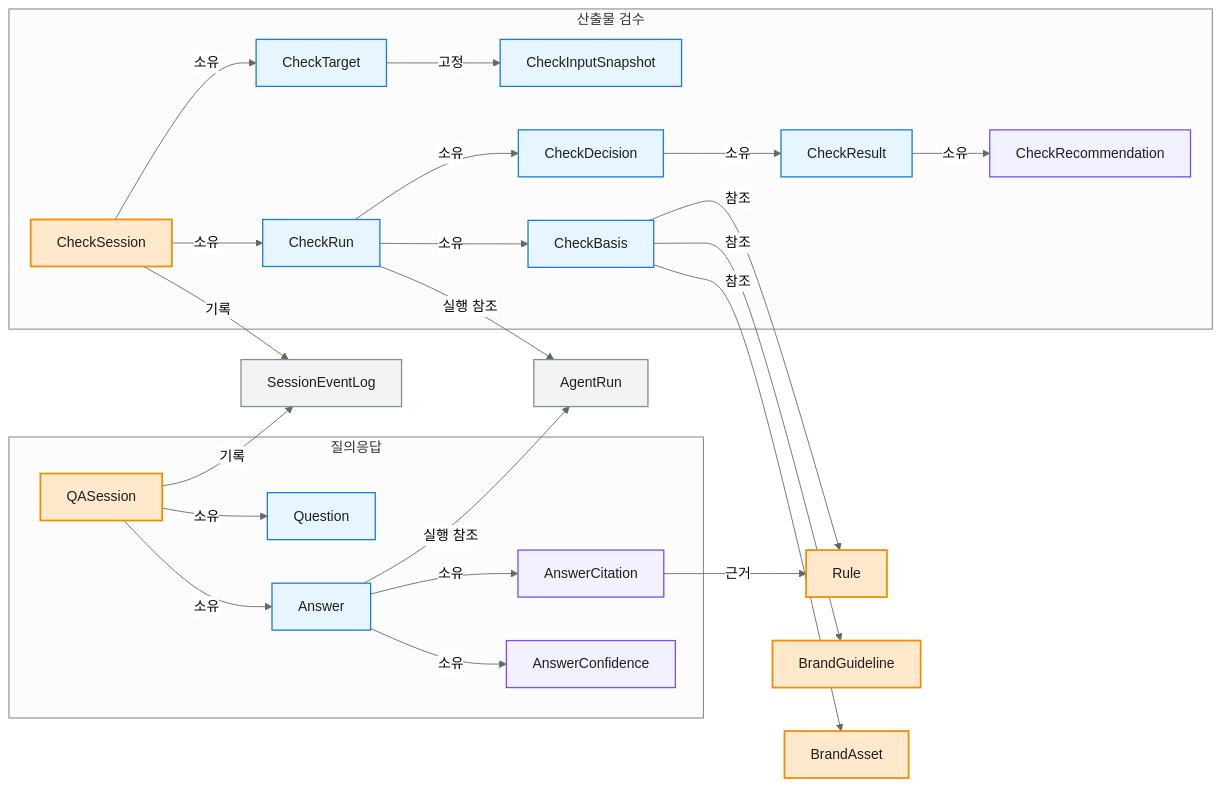
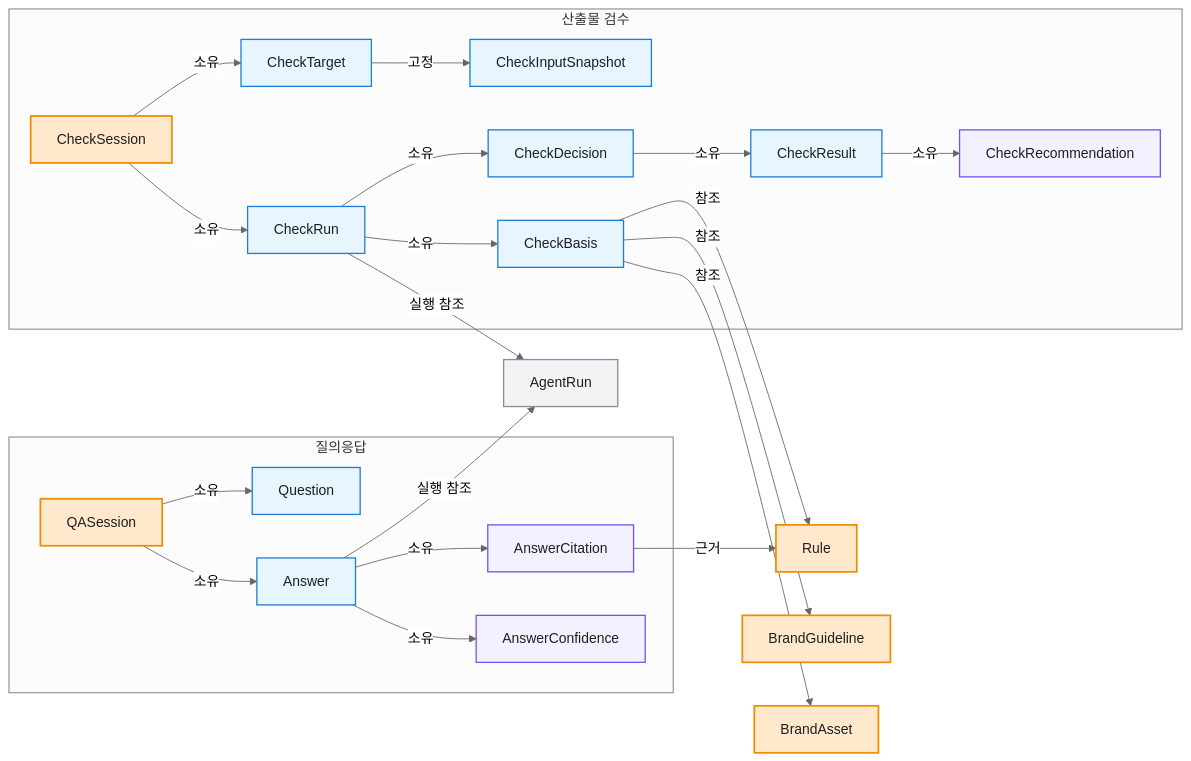
Before and after one commit to ewoooo/living-brand-system: the fifth of 5 diagrams in docs/04-domain-model.md, drawn with Mermaid (neutral theme). The commit also changed other lines of this file and 22 other files, not shown here.

````diff
--- a/docs/04-domain-model.md
+++ b/docs/04-domain-model.md
@@ -411,60 +400,56 @@
 ```mermaid
 flowchart LR
   Rule["Rule"]
 
   subgraph QA["질의응답"]
     QASession["QASession"]
     Question["Question"]
     Answer["Answer"]
     AnswerCitation["AnswerCitation"]
     AnswerConfidence["AnswerConfidence"]
   end
 
   subgraph Check["산출물 검수"]
     CheckSession["CheckSession"]
     CheckTarget["CheckTarget"]
     CheckInputSnapshot["CheckInputSnapshot"]
     CheckRun["CheckRun"]
     CheckBasis["CheckBasis"]
     CheckResult["CheckResult"]
     CheckRecommendation["CheckRecommendation"]
     CheckDecision["CheckDecision"]
   end
 
   AgentRun["AgentRun"]
   BrandGuideline["BrandGuideline"]
   BrandAsset["BrandAsset"]
-  SessionEventLog["SessionEventLog"]
 
   QASession -->|"소유"| Question
   QASession -->|"소유"| Answer
   Answer -->|"소유"| AnswerCitation
   Answer -->|"소유"| AnswerConfidence
   AnswerCitation -->|"근거"| Rule
   Answer -->|"실행 참조"| AgentRun
 
   CheckSession -->|"소유"| CheckTarget
   CheckTarget -->|"고정"| CheckInputSnapshot
   CheckSession -->|"소유"| CheckRun
   CheckRun -->|"소유"| CheckBasis
   CheckBasis -->|"참조"| BrandGuideline
   CheckBasis -->|"참조"| Rule
   CheckBasis -->|"참조"| BrandAsset
   CheckRun -->|"소유"| CheckDecision
   CheckDecision -->|"소유"| CheckResult
   CheckResult -->|"소유"| CheckRecommendation
   CheckRun -->|"실행 참조"| AgentRun
 
-  QASession -->|"기록"| SessionEventLog
-  CheckSession -->|"기록"| SessionEventLog
-
   classDef aggregate fill:#FFE8CC,stroke:#F08C00,stroke-width:2px,color:#1F1F1F;
   classDef entity fill:#E7F5FF,stroke:#1C7ED6,stroke-width:1.5px,color:#1F1F1F;
   classDef childEntity fill:#F3F0FF,stroke:#7950F2,stroke-width:1.5px,color:#1F1F1F;
   classDef record fill:#F1F3F5,stroke:#868E96,stroke-width:1.5px,color:#1F1F1F;
 
   class QASession,CheckSession,BrandGuideline,Rule,BrandAsset aggregate;
   class Question,Answer,CheckTarget,CheckInputSnapshot,CheckRun,CheckBasis,CheckDecision,CheckResult entity;
   class AnswerCitation,AnswerConfidence,CheckRecommendation childEntity;
-  class AgentRun,SessionEventLog record;
+  class AgentRun record;
 ```
````
